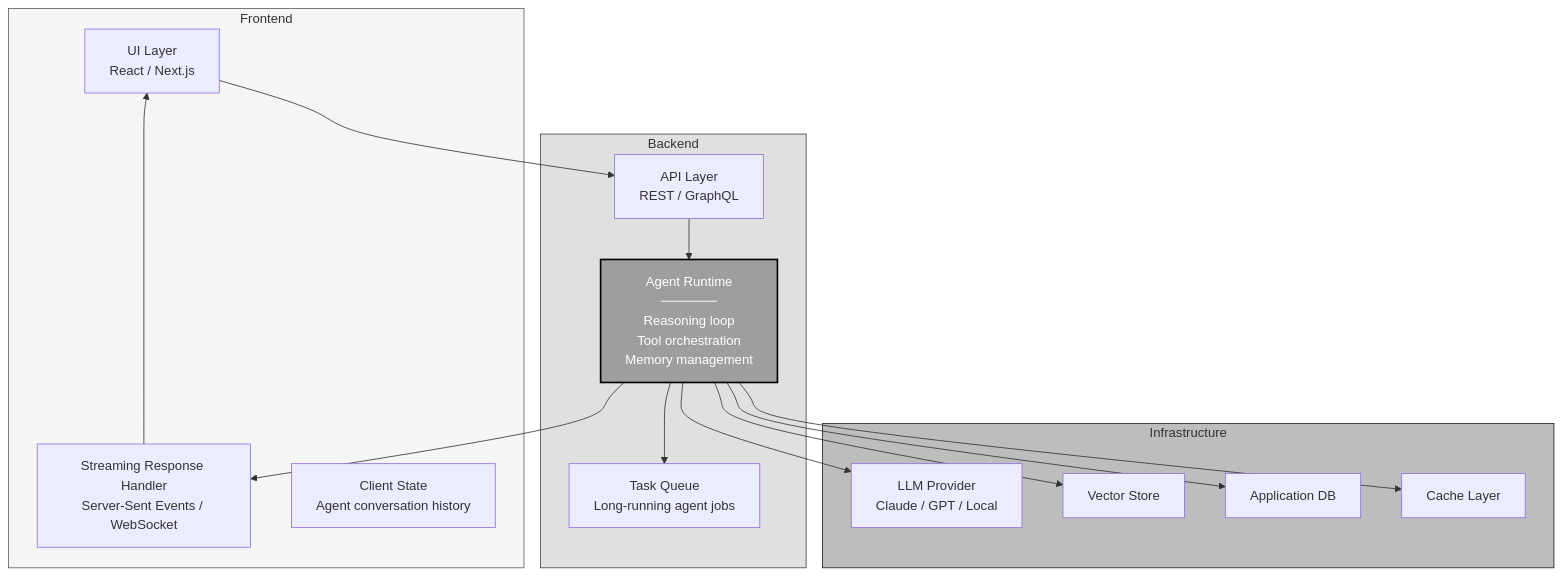
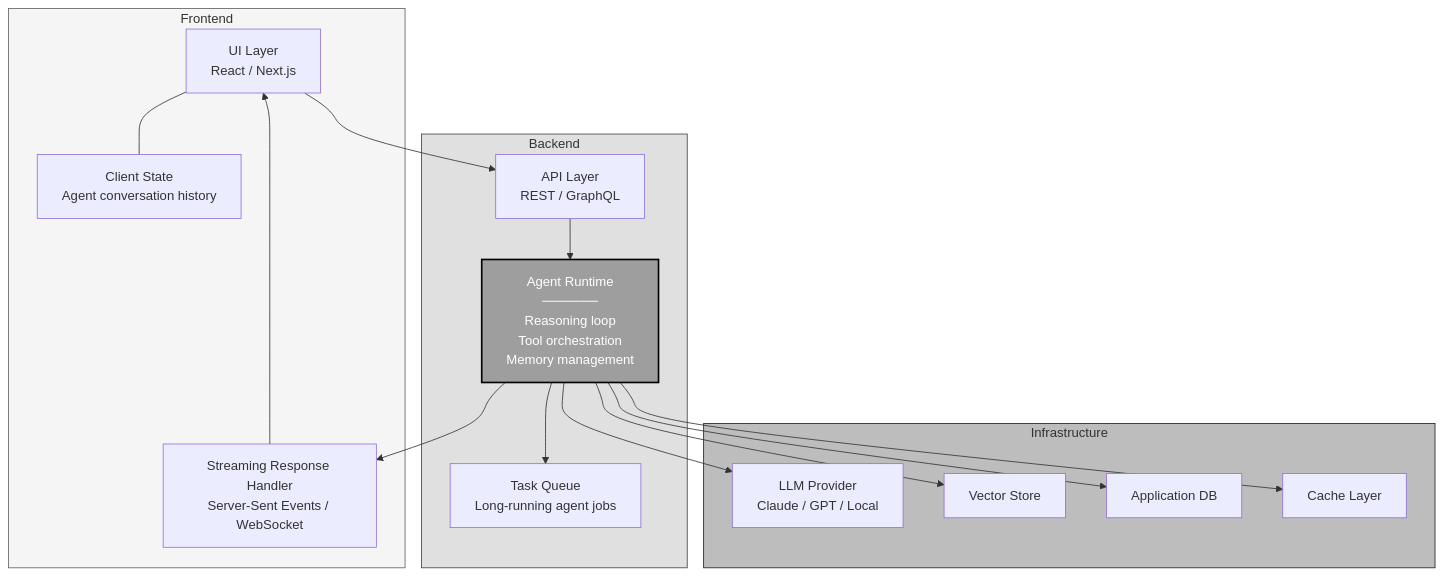
Before and after one commit to Shekharrajak/agent-design-patterns: the first of 6 diagrams in docs/posts/05-agents-in-web-applications.md, drawn with Mermaid. The commit also changed other lines of this file and 7 other files, not shown here.

Commit message:
fix: resolve Mermaid rendering issues across all chapters

````diff
--- a/docs/posts/05-agents-in-web-applications.md
+++ b/docs/posts/05-agents-in-web-applications.md
@@ -13,36 +13,37 @@
 ```mermaid
 graph TD
     subgraph FRONTEND["Frontend"]
         UI["UI Layer<br/>React / Next.js"]
         STREAM["Streaming Response Handler<br/>Server-Sent Events / WebSocket"]
         STATE["Client State<br/>Agent conversation history"]
+        UI --- STATE
     end
 
     subgraph BACKEND["Backend"]
         API["API Layer<br/>REST / GraphQL"]
         AGENT["Agent Runtime<br/>──────<br/>Reasoning loop<br/>Tool orchestration<br/>Memory management"]
         QUEUE["Task Queue<br/>Long-running agent jobs"]
     end
 
     subgraph INFRA["Infrastructure"]
         LLM_API["LLM Provider<br/>Claude / GPT / Local"]
         VS["Vector Store"]
         DB["Application DB"]
         CACHE["Cache Layer"]
     end
 
     UI --> API
     API --> AGENT
     AGENT --> STREAM
     STREAM --> UI
     AGENT --> QUEUE
     AGENT --> LLM_API
     AGENT --> VS
     AGENT --> DB
     AGENT --> CACHE
 
     style FRONTEND fill:#f5f5f5,stroke:#616161
     style BACKEND fill:#e0e0e0,stroke:#424242
     style INFRA fill:#bdbdbd,stroke:#212121
     style AGENT fill:#9e9e9e,stroke:#000,color:#fff,stroke-width:2px
 ```
````
